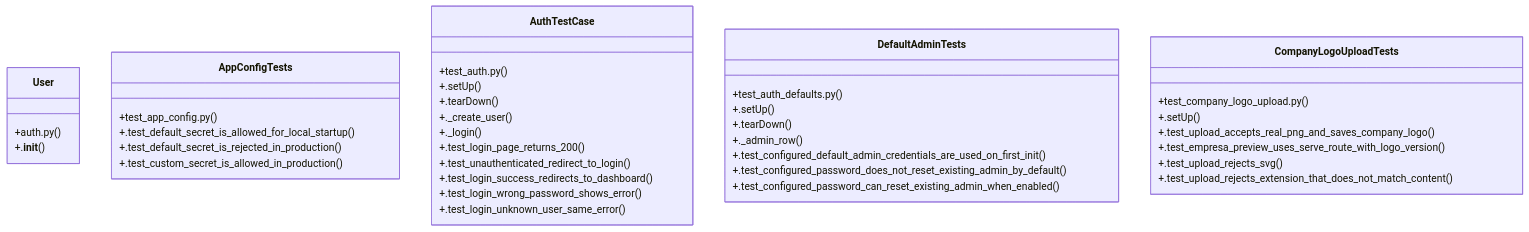
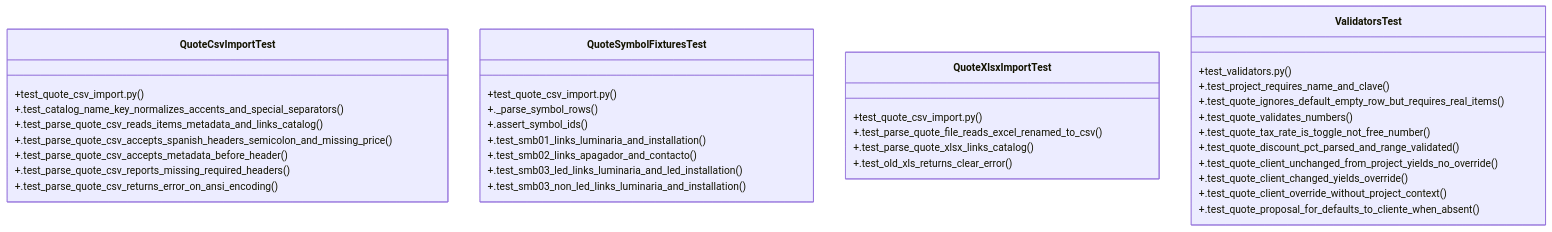
One commit to Daftrick/ProjectTracker changed the diagram in graphify-out/wiki/Community_2.md. Above: the diagram before and after it, drawn with Mermaid. The commit also changed other lines of this file and 495 other files, not shown here.

````diff
--- a/graphify-out/wiki/Community_2.md
+++ b/graphify-out/wiki/Community_2.md
@@ -36,42 +36,39 @@
 ```mermaid
 classDiagram
-    class User {
-        +auth.py()
-        +.__init__()
+    class QuoteCsvImportTest {
+        +test_quote_csv_import.py()
+        +.test_catalog_name_key_normalizes_accents_and_special_separators()
+        +.test_parse_quote_csv_reads_items_metadata_and_links_catalog()
+        +.test_parse_quote_csv_accepts_spanish_headers_semicolon_and_missing_price()
+        +.test_parse_quote_csv_accepts_metadata_before_header()
+        +.test_parse_quote_csv_reports_missing_required_headers()
+        +.test_parse_quote_csv_returns_error_on_ansi_encoding()
     }
-    class AppConfigTests {
-        +test_app_config.py()
-        +.test_default_secret_is_allowed_for_local_startup()
-        +.test_default_secret_is_rejected_in_production()
-        +.test_custom_secret_is_allowed_in_production()
+    class QuoteSymbolFixturesTest {
+        +test_quote_csv_import.py()
+        +._parse_symbol_rows()
+        +.assert_symbol_ids()
+        +.test_smb01_links_luminaria_and_installation()
+        +.test_smb02_links_apagador_and_contacto()
+        +.test_smb03_led_links_luminaria_and_led_installation()
+        +.test_smb03_non_led_links_luminaria_and_installation()
     }
-    class AuthTestCase {
-        +test_auth.py()
-        +.setUp()
-        +.tearDown()
-        +._create_user()
-        +._login()
-        +.test_login_page_returns_200()
-        +.test_unauthenticated_redirect_to_login()
-        +.test_login_success_redirects_to_dashboard()
-        +.test_login_wrong_password_shows_error()
-        +.test_login_unknown_user_same_error()
+    class QuoteXlsxImportTest {
+        +test_quote_csv_import.py()
+        +.test_parse_quote_file_reads_excel_renamed_to_csv()
+        +.test_parse_quote_xlsx_links_catalog()
+        +.test_old_xls_returns_clear_error()
     }
-    class DefaultAdminTests {
-        +test_auth_defaults.py()
-        +.setUp()
-        +.tearDown()
-        +._admin_row()
-        +.test_configured_default_admin_credentials_are_used_on_first_init()
-        +.test_configured_password_does_not_reset_existing_admin_by_default()
-        +.test_configured_password_can_reset_existing_admin_when_enabled()
-    }
-    class CompanyLogoUploadTests {
-        +test_company_logo_upload.py()
-        +.setUp()
-        +.test_upload_accepts_real_png_and_saves_company_logo()
-        +.test_empresa_preview_uses_serve_route_with_logo_version()
-        +.test_upload_rejects_svg()
-        +.test_upload_rejects_extension_that_does_not_match_content()
+    class ValidatorsTest {
+        +test_validators.py()
+        +.test_project_requires_name_and_clave()
+        +.test_quote_ignores_default_empty_row_but_requires_real_items()
+        +.test_quote_validates_numbers()
+        +.test_quote_tax_rate_is_toggle_not_free_number()
+        +.test_quote_discount_pct_parsed_and_range_validated()
+        +.test_quote_client_unchanged_from_project_yields_no_override()
+        +.test_quote_client_changed_yields_override()
+        +.test_quote_client_override_without_project_context()
+        +.test_quote_proposal_for_defaults_to_cliente_when_absent()
     }
 ```
````
